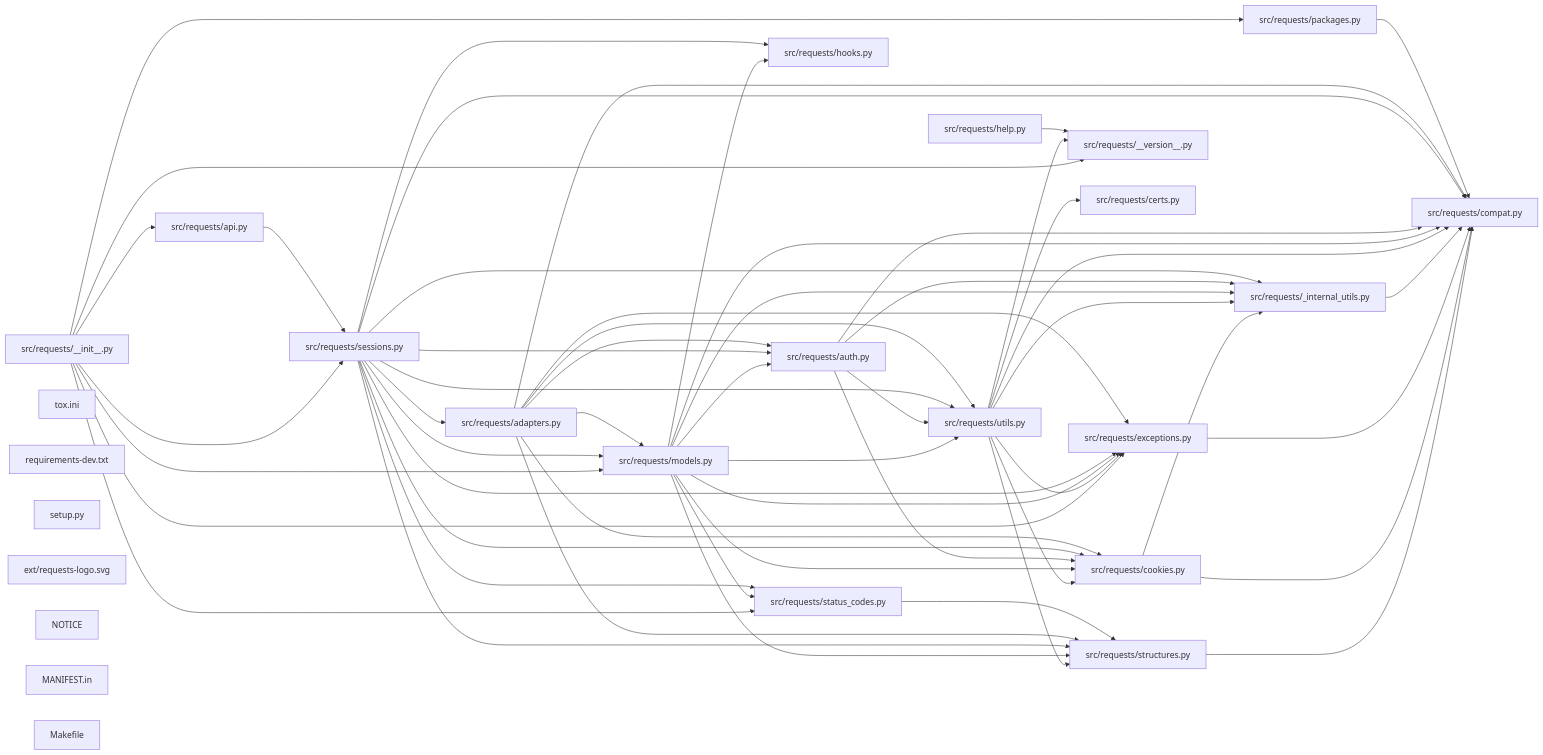
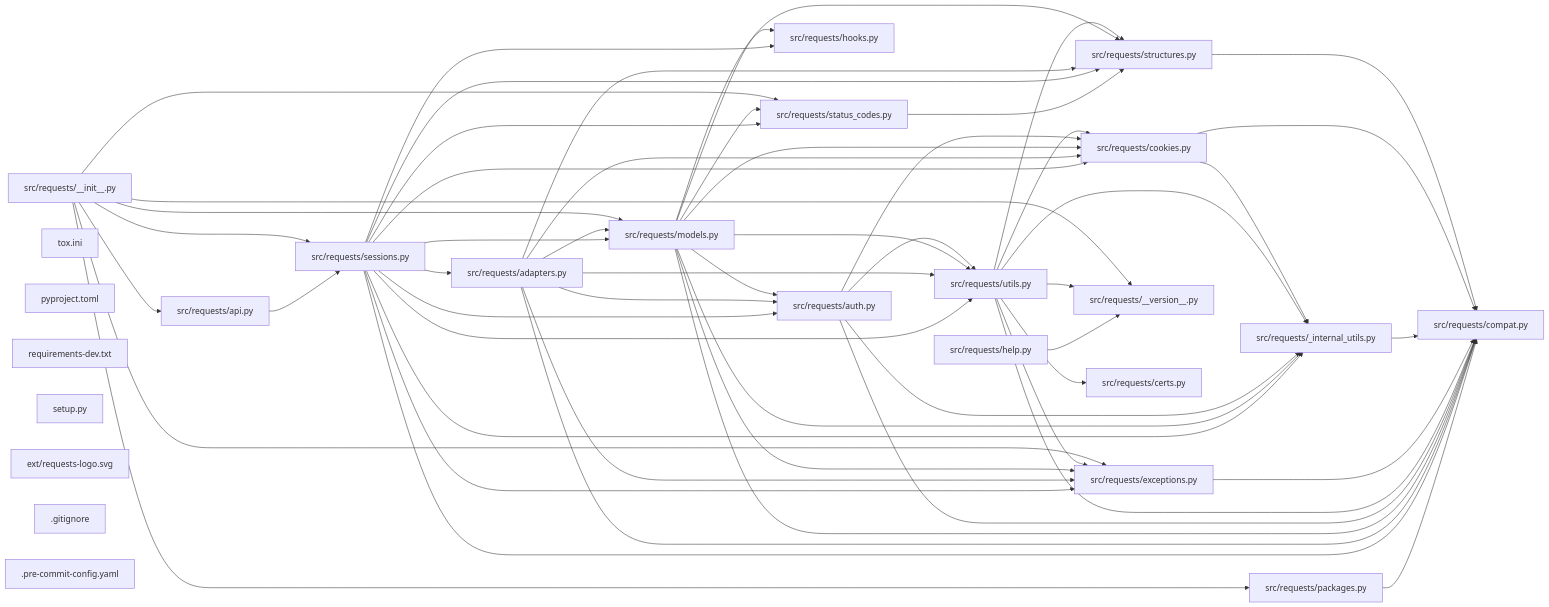
The diagram in benchmark_results/contexts/requests_CONTEXT.md (hey-granth/codectx-benchmarking), drawn with Mermaid before and after one commit. The commit also changed other lines of this file and 10 other files, not shown here.

````diff
--- a/benchmark_results/contexts/requests_CONTEXT.md
+++ b/benchmark_results/contexts/requests_CONTEXT.md
@@ -627,82 +452,82 @@
 ```mermaid
 graph LR
     f0["src/requests/compat.py"]
     f1["src/requests/structures.py"]
     f2["src/requests/cookies.py"]
     f3["src/requests/__init__.py"]
-    f4["src/requests/exceptions.py"]
-    f5["src/requests/_internal_utils.py"]
+    f4["src/requests/_internal_utils.py"]
+    f5["src/requests/exceptions.py"]
     f6["src/requests/utils.py"]
-    f7["src/requests/models.py"]
-    f8["src/requests/auth.py"]
-    f9["src/requests/sessions.py"]
+    f7["src/requests/auth.py"]
+    f8["src/requests/models.py"]
+    f9["src/requests/adapters.py"]
     f10["src/requests/hooks.py"]
-    f11["src/requests/adapters.py"]
+    f11["src/requests/sessions.py"]
     f12["tox.ini"]
-    f13["requirements-dev.txt"]
-    f14["setup.py"]
-    f15["src/requests/status_codes.py"]
-    f16["src/requests/__version__.py"]
-    f17["ext/requests-logo.svg"]
-    f18["src/requests/help.py"]
-    f19["src/requests/packages.py"]
+    f13["src/requests/__version__.py"]
+    f14["src/requests/status_codes.py"]
+    f15["pyproject.toml"]
+    f16["requirements-dev.txt"]
+    f17["setup.py"]
+    f18["ext/requests-logo.svg"]
+    f19["src/requests/help.py"]
     f20["src/requests/api.py"]
     f21["src/requests/certs.py"]
-    f22["NOTICE"]
-    f23["MANIFEST.in"]
-    f24["Makefile"]
+    f22["src/requests/packages.py"]
+    f23[".gitignore"]
+    f24[".pre-commit-config.yaml"]
     f1 --> f0
     f2 --> f0
-    f2 --> f5
-    f3 --> f15
-    f3 --> f9
-    f3 --> f7
+    f2 --> f4
+    f3 --> f14
+    f3 --> f11
+    f3 --> f8
     f3 --> f20
-    f3 --> f16
-    f3 --> f19
-    f3 --> f4
+    f3 --> f13
+    f3 --> f22
+    f3 --> f5
     f4 --> f0
     f5 --> f0
     f6 --> f1
-    f6 --> f4
+    f6 --> f5
     f6 --> f2
     f6 --> f0
-    f6 --> f5
-    f6 --> f16
+    f6 --> f4
+    f6 --> f13
     f6 --> f21
     f7 --> f6
-    f7 --> f1
-    f7 --> f15
-    f7 --> f10
-    f7 --> f4
     f7 --> f2
     f7 --> f0
-    f7 --> f8
-    f7 --> f5
+    f7 --> f4
     f8 --> f6
+    f8 --> f1
+    f8 --> f14
+    f8 --> f10
+    f8 --> f5
     f8 --> f2
     f8 --> f0
-    f8 --> f5
+    f8 --> f7
+    f8 --> f4
     f9 --> f6
     f9 --> f1
-    f9 --> f15
-    f9 --> f7
-    f9 --> f10
-    f9 --> f4
+    f9 --> f8
+    f9 --> f5
     f9 --> f2
     f9 --> f0
-    f9 --> f8
-    f9 --> f11
-    f9 --> f5
+    f9 --> f7
     f11 --> f6
     f11 --> f1
-    f11 --> f7
-    f11 --> f4
+    f11 --> f14
+    f11 --> f8
+    f11 --> f10
+    f11 --> f5
     f11 --> f2
     f11 --> f0
-    f11 --> f8
-    f15 --> f1
-    f18 --> f16
-    f19 --> f0
-    f20 --> f9
+    f11 --> f7
+    f11 --> f9
+    f11 --> f4
+    f14 --> f1
+    f19 --> f13
+    f20 --> f11
+    f22 --> f0
 ```
````
